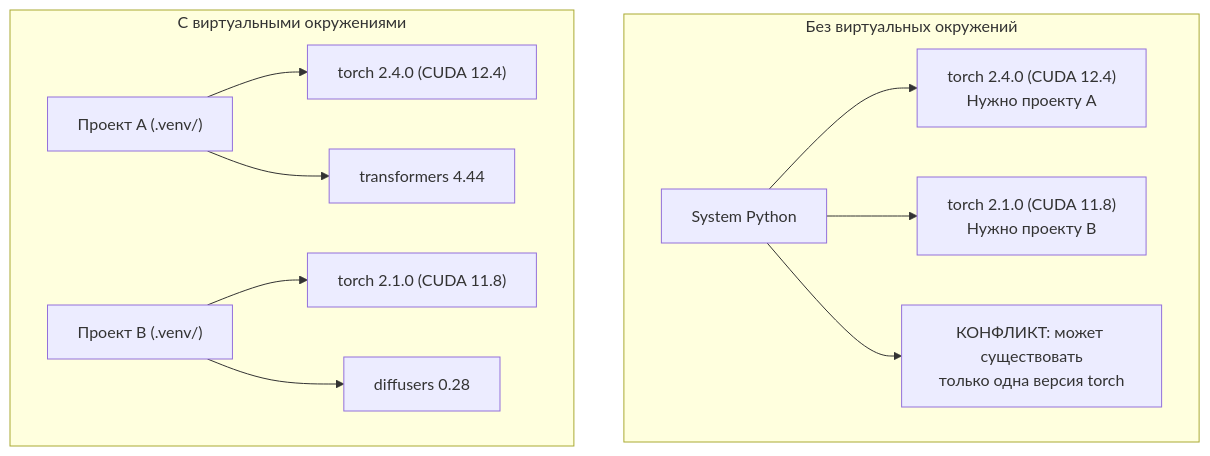
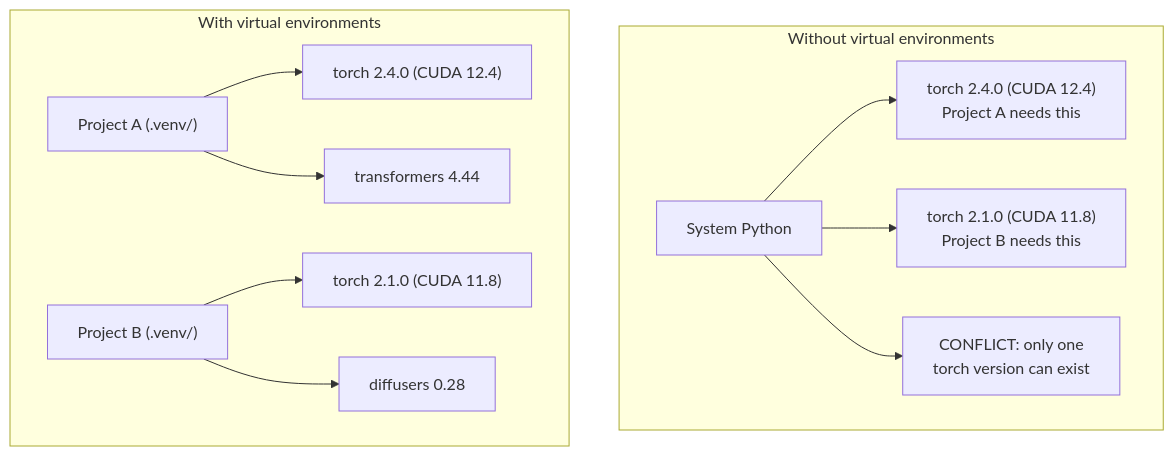
Before and after one commit to galaersh-ai/ai-engineering-from-scratch: the diagram in phases/00-setup-and-tooling/06-python-environments/docs/ru.md, drawn with Mermaid. The commit also changed other lines of this file and 5 other files, not shown here.

````diff
--- a/phases/00-setup-and-tooling/06-python-environments/docs/ru.md
+++ b/phases/00-setup-and-tooling/06-python-environments/docs/ru.md
@@ -32,15 +32,15 @@
 ```mermaid
 graph TD
-    subgraph without["Без виртуальных окружений"]
-        SP[System Python] --> T24["torch 2.4.0 (CUDA 12.4)\nНужно проекту A"]
-        SP --> T21["torch 2.1.0 (CUDA 11.8)\nНужно проекту B"]
-        SP --> CONFLICT["КОНФЛИКТ: может существовать\nтолько одна версия torch"]
+    subgraph without["Without virtual environments"]
+        SP[System Python] --> T24["torch 2.4.0 (CUDA 12.4)\nProject A needs this"]
+        SP --> T21["torch 2.1.0 (CUDA 11.8)\nProject B needs this"]
+        SP --> CONFLICT["CONFLICT: only one\ntorch version can exist"]
     end
 
-    subgraph with["С виртуальными окружениями"]
-        PA["Проект A (.venv/)"] --> PA1["torch 2.4.0 (CUDA 12.4)"]
+    subgraph with["With virtual environments"]
+        PA["Project A (.venv/)"] --> PA1["torch 2.4.0 (CUDA 12.4)"]
         PA --> PA2["transformers 4.44"]
-        PB["Проект B (.venv/)"] --> PB1["torch 2.1.0 (CUDA 11.8)"]
+        PB["Project B (.venv/)"] --> PB1["torch 2.1.0 (CUDA 11.8)"]
         PB --> PB2["diffusers 0.28"]
     end
 ```
````
